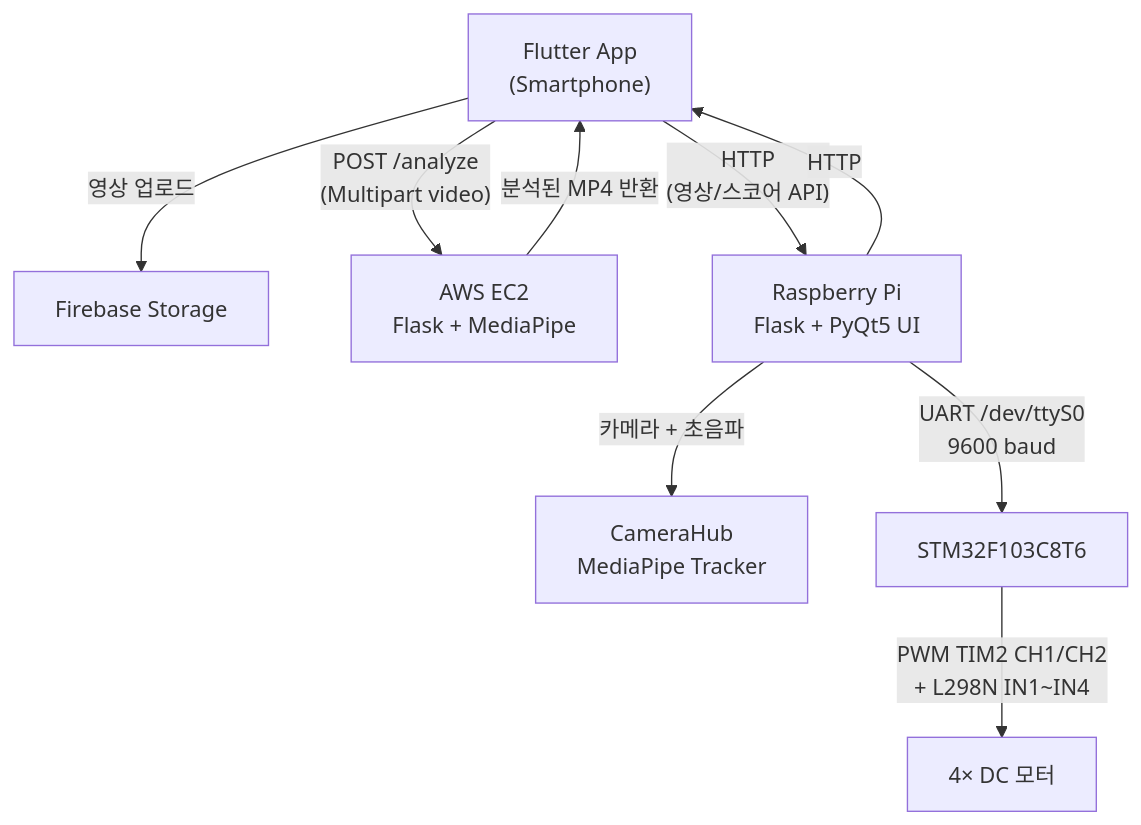
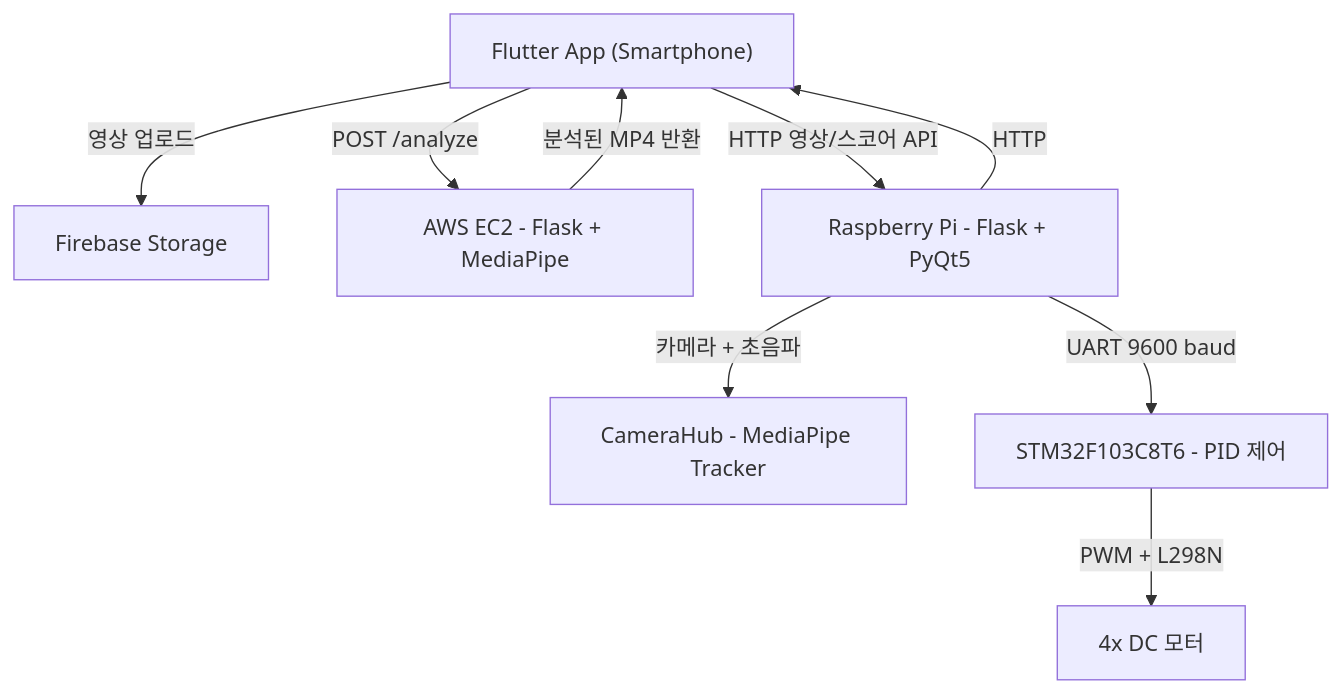
Before and after one commit to hinoonyaso/coolro: the diagram in README.md, drawn with Mermaid.

Commit message:
docs: update and improve README content.

````diff
--- a/README.md
+++ b/README.md
@@ -29,12 +29,12 @@
 ```mermaid
 graph TD
-  A["Flutter App<br/>(Smartphone)"] -->|"영상 업로드"| B["Firebase Storage"]
-  A -->|"POST /analyze<br/>(Multipart video)"| C["AWS EC2<br/>Flask + MediaPipe"]
-  C -->|"분석된 MP4 반환"| A
+  A["Flutter App (Smartphone)"] -->|영상 업로드| B["Firebase Storage"]
+  A -->|POST /analyze| C["AWS EC2 - Flask + MediaPipe"]
+  C -->|분석된 MP4 반환| A
 
-  A -->|"HTTP<br/>(영상/스코어 API)"| D["Raspberry Pi<br/>Flask + PyQt5 UI"]
-  D -->|"HTTP"| A
-  D -->|"카메라 + 초음파"| G["CameraHub<br/>MediaPipe Tracker"]
-  D -->|"UART /dev/ttyS0<br/>9600 baud"| E["STM32F103C8T6"]
-  E -->|"PWM TIM2 CH1/CH2<br/>+ L298N IN1~IN4"| F["4× DC 모터"]
+  A -->|HTTP 영상/스코어 API| D["Raspberry Pi - Flask + PyQt5"]
+  D -->|HTTP| A
+  D -->|카메라 + 초음파| G["CameraHub - MediaPipe Tracker"]
+  D -->|UART 9600 baud| E["STM32F103C8T6 - PID 제어"]
+  E -->|PWM + L298N| F["4x DC 모터"]
 ```
````
